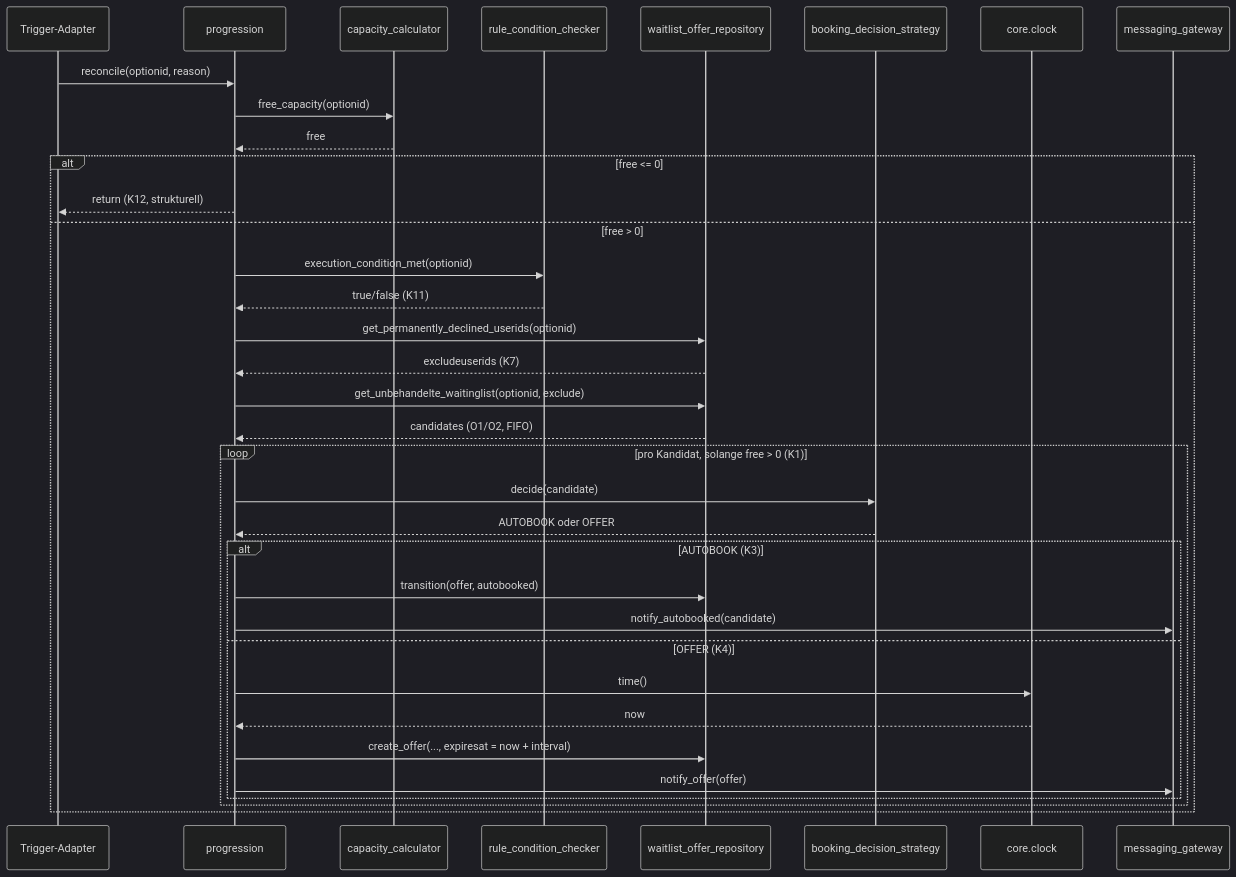
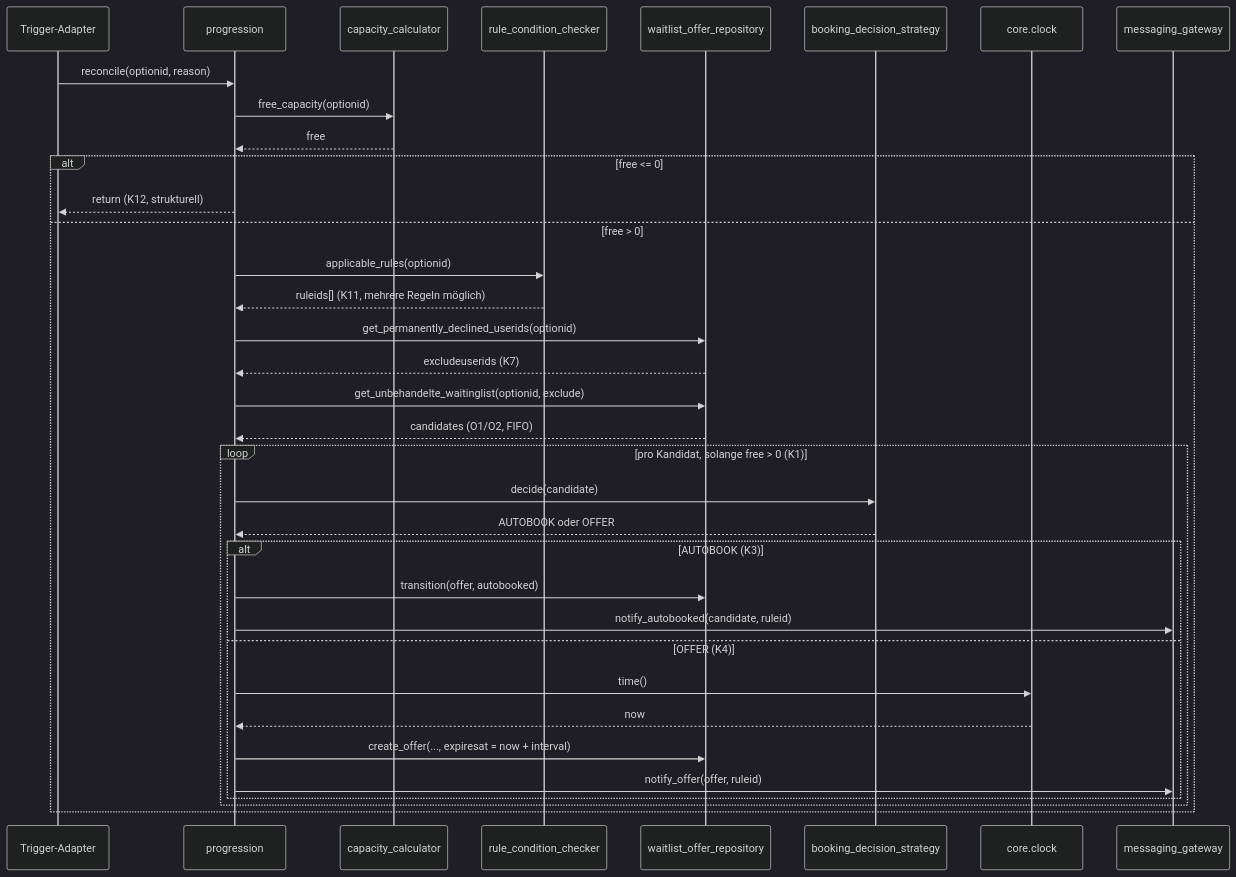
The second of 4 diagrams in docs/blueprints/WAITLIST_REFACTOR_ARCHITECTURE_2026-08-12.md (Wunderbyte-GmbH/moodle-mod_booking), drawn with Mermaid (dark theme) before and after one commit. The commit also changed other lines of this file and 22 other files, not shown here.

````diff
--- a/docs/blueprints/WAITLIST_REFACTOR_ARCHITECTURE_2026-08-12.md
+++ b/docs/blueprints/WAITLIST_REFACTOR_ARCHITECTURE_2026-08-12.md
@@ -186,38 +194,38 @@
 ```mermaid
 sequenceDiagram
     participant Trigger as Trigger-Adapter
     participant P as progression
     participant Cap as capacity_calculator
     participant Cond as rule_condition_checker
     participant Repo as waitlist_offer_repository
     participant Dec as booking_decision_strategy
     participant Clock as core.clock
     participant Msg as messaging_gateway
 
     Trigger->>P: reconcile(optionid, reason)
     P->>Cap: free_capacity(optionid)
     Cap-->>P: free
     alt free <= 0
         P-->>Trigger: return (K12, strukturell)
     else free > 0
-        P->>Cond: execution_condition_met(optionid)
-        Cond-->>P: true/false (K11)
+        P->>Cond: applicable_rules(optionid)
+        Cond-->>P: ruleids[] (K11, mehrere Regeln möglich)
         P->>Repo: get_permanently_declined_userids(optionid)
         Repo-->>P: excludeuserids (K7)
         P->>Repo: get_unbehandelte_waitinglist(optionid, exclude)
         Repo-->>P: candidates (O1/O2, FIFO)
         loop pro Kandidat, solange free > 0 (K1)
             P->>Dec: decide(candidate)
             Dec-->>P: AUTOBOOK oder OFFER
             alt AUTOBOOK (K3)
                 P->>Repo: transition(offer, autobooked)
-                P->>Msg: notify_autobooked(candidate)
+                P->>Msg: notify_autobooked(candidate, ruleid)
             else OFFER (K4)
                 P->>Clock: time()
                 Clock-->>P: now
                 P->>Repo: create_offer(..., expiresat = now + interval)
-                P->>Msg: notify_offer(offer)
+                P->>Msg: notify_offer(offer, ruleid)
             end
         end
     end
 ```
````
